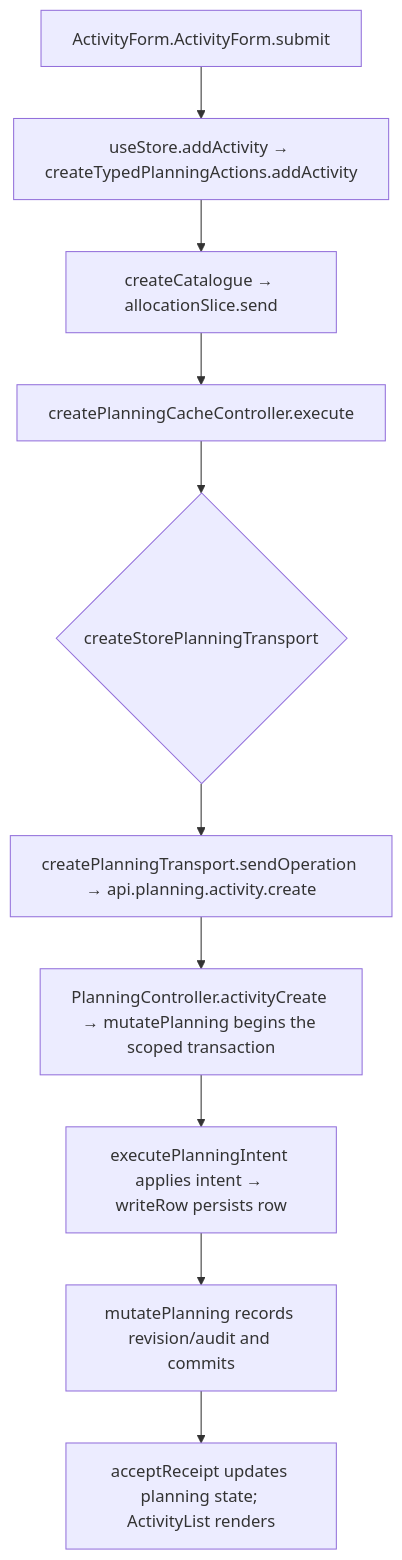
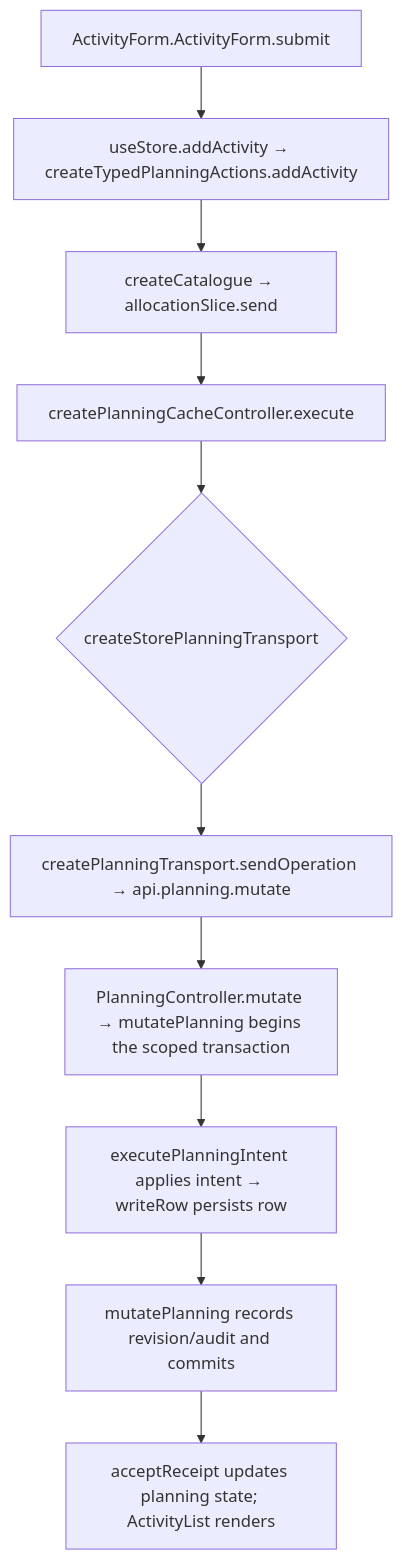
Before and after one commit to Kevinjohn/capacitylens: the second of 2 diagrams in user-stories/activities/US-ACT-01-add-activity.md, drawn with Mermaid. The commit also changed 115 other files, not shown here.

````diff
--- a/user-stories/activities/US-ACT-01-add-activity.md
+++ b/user-stories/activities/US-ACT-01-add-activity.md
@@ -39,8 +39,8 @@
 ```mermaid
 flowchart TD
   A["ActivityForm.ActivityForm.submit"] --> B["useStore.addActivity → createTypedPlanningActions.addActivity"]
   B --> C["createCatalogue → allocationSlice.send"]
   C --> D["createPlanningCacheController.execute"] --> E{"createStorePlanningTransport"}
-  E --> F["createPlanningTransport.sendOperation → api.planning.activity.create"] --> G["PlanningController.activityCreate → mutatePlanning begins the scoped transaction"]
+  E --> F["createPlanningTransport.sendOperation → api.planning.mutate"] --> G["PlanningController.mutate → mutatePlanning begins the scoped transaction"]
   G --> H["executePlanningIntent applies intent → writeRow persists row"] --> K["mutatePlanning records revision/audit and commits"] --> J["acceptReceipt updates planning state; ActivityList renders"]
 ```
````
